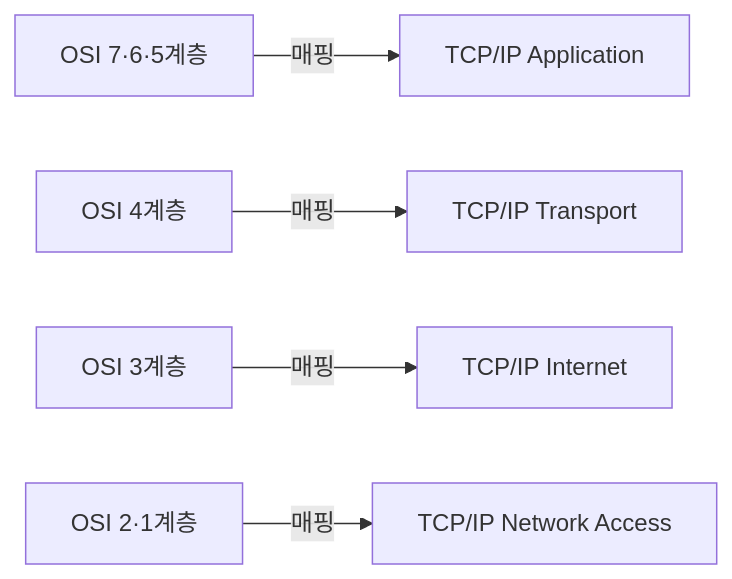
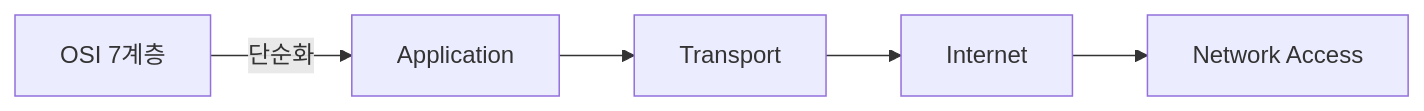
One commit to yjkim2015/yjkim2015.github.io changed the ninth of 9 diagrams in _posts/network/2026-05-01-osi-7-layer.md. Above: the diagram before and after it, drawn with Mermaid. The commit also changed other lines of this file and 245 other files, not shown here.

First line of the commit message:
Mermaid 다이어그램 전면 수정 + 면접 포인트 접기/펼치기 + DB 데드락 페이지

````diff
--- a/_posts/network/2026-05-01-osi-7-layer.md
+++ b/_posts/network/2026-05-01-osi-7-layer.md
@@ -1167,7 +1167,7 @@
 ```mermaid
 graph LR
-    OSI75["OSI 7·6·5계층"] -->|"매핑"| TCPAPP["TCP/IP Application"]
-    OSI4["OSI 4계층"] -->|"매핑"| TCPTRANS["TCP/IP Transport"]
-    OSI3["OSI 3계층"] -->|"매핑"| TCPNET["TCP/IP Internet"]
-    OSI21["OSI 2·1계층"] -->|"매핑"| TCPLINK["TCP/IP Network Access"]
+    APP["Application"] --> TRANS["Transport"]
+    TRANS --> NET["Internet"]
+    NET --> LINK["Network Access"]
+    OSI["OSI 7계층"] -->|"단순화"| APP
 ```
````
